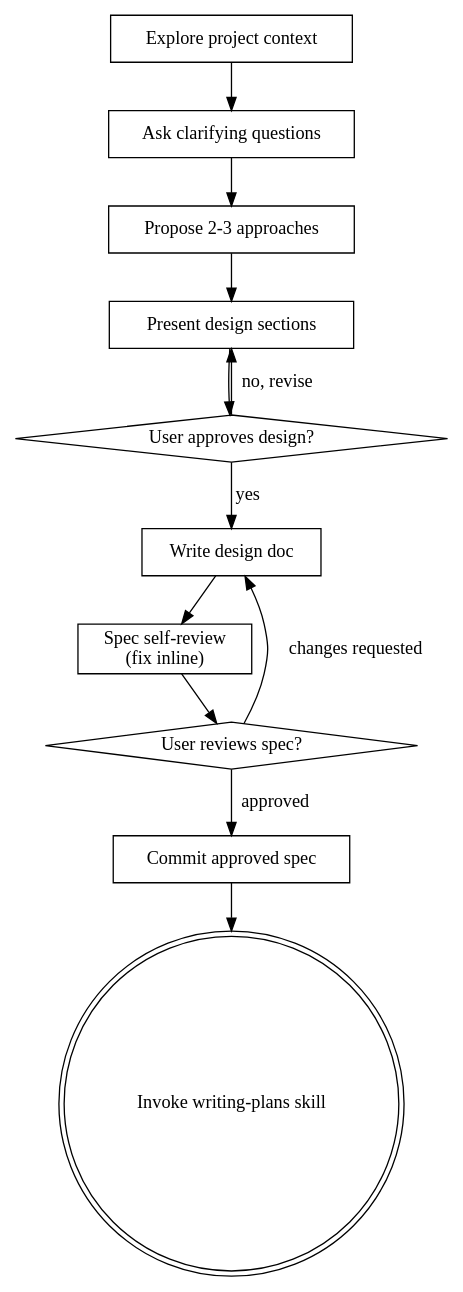
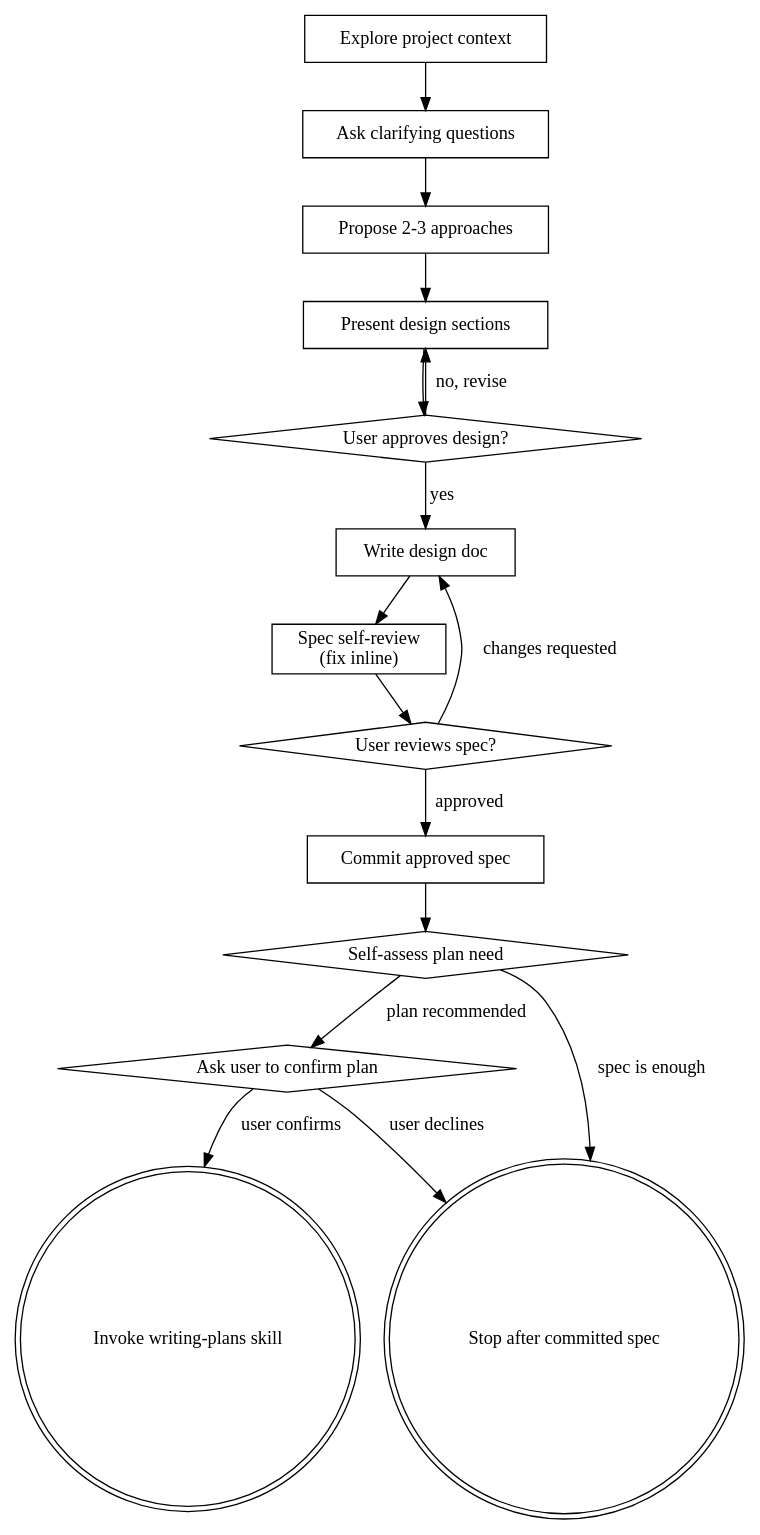
One commit to aitsuki/skills changed the diagram in skills/brainstorming/SKILL.md. Above: the diagram before and after it, drawn with Graphviz. The commit also changed other lines of this file, not shown here.

Commit message:
fix: gate brainstorming plan handoff

````diff
--- a/skills/brainstorming/SKILL.md
+++ b/skills/brainstorming/SKILL.md
@@ -36,26 +36,33 @@
 ```dot
 digraph brainstorming {
     "Explore project context" [shape=box];
     "Ask clarifying questions" [shape=box];
     "Propose 2-3 approaches" [shape=box];
     "Present design sections" [shape=box];
     "User approves design?" [shape=diamond];
     "Write design doc" [shape=box];
     "Spec self-review\n(fix inline)" [shape=box];
     "User reviews spec?" [shape=diamond];
     "Commit approved spec" [shape=box];
+    "Self-assess plan need" [shape=diamond];
+    "Ask user to confirm plan" [shape=diamond];
     "Invoke writing-plans skill" [shape=doublecircle];
+    "Stop after committed spec" [shape=doublecircle];
 
     "Explore project context" -> "Ask clarifying questions";
     "Ask clarifying questions" -> "Propose 2-3 approaches";
     "Propose 2-3 approaches" -> "Present design sections";
     "Present design sections" -> "User approves design?";
     "User approves design?" -> "Present design sections" [label="no, revise"];
     "User approves design?" -> "Write design doc" [label="yes"];
     "Write design doc" -> "Spec self-review\n(fix inline)";
     "Spec self-review\n(fix inline)" -> "User reviews spec?";
     "User reviews spec?" -> "Write design doc" [label="changes requested"];
     "User reviews spec?" -> "Commit approved spec" [label="approved"];
-    "Commit approved spec" -> "Invoke writing-plans skill";
+    "Commit approved spec" -> "Self-assess plan need";
+    "Self-assess plan need" -> "Ask user to confirm plan" [label="plan recommended"];
+    "Self-assess plan need" -> "Stop after committed spec" [label="spec is enough"];
+    "Ask user to confirm plan" -> "Invoke writing-plans skill" [label="user confirms"];
+    "Ask user to confirm plan" -> "Stop after committed spec" [label="user declines"];
 }
 ```
````
